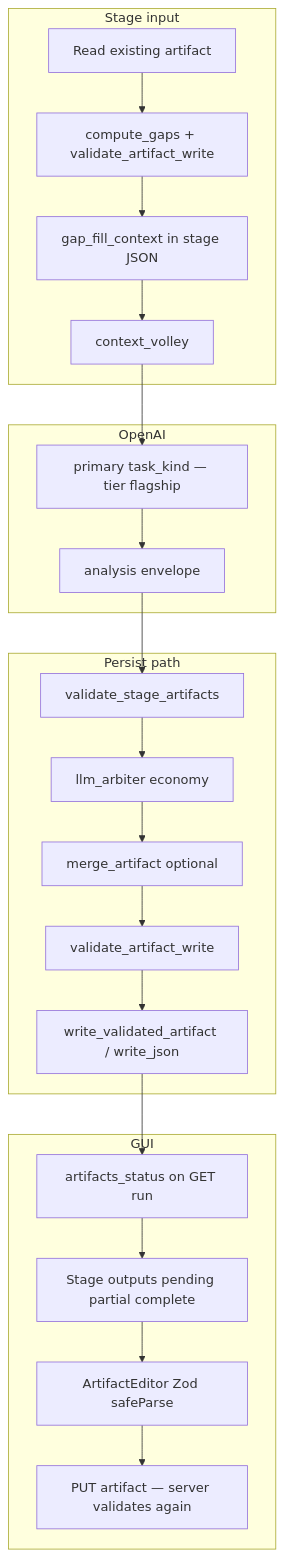
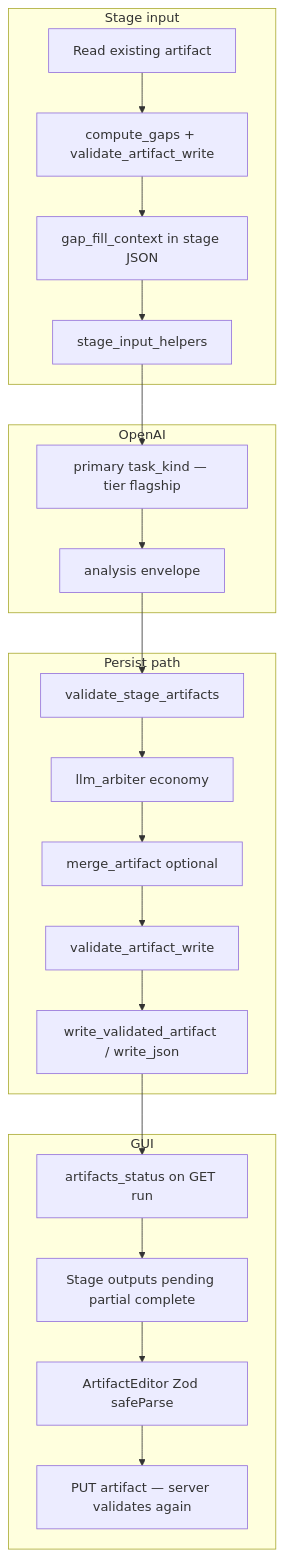
One commit to NicketUttarwar/interview_helper_mux changed the diagram in docs/cross-cutting/artifact-generation-and-validation.md. Above: the diagram before and after it, drawn with Mermaid. The commit also changed other lines of this file and 358 other files, not shown here.

````diff
--- a/docs/cross-cutting/artifact-generation-and-validation.md
+++ b/docs/cross-cutting/artifact-generation-and-validation.md
@@ -31,27 +31,27 @@
 ```mermaid
 flowchart TD
   subgraph input [Stage input]
     Disk[Read existing artifact]
     Gaps[compute_gaps + validate_artifact_write]
     Disk --> Gaps
     Gaps --> Ctx[gap_fill_context in stage JSON]
-    Ctx --> Volley[context_volley]
+    Ctx --> Volley[stage_input_helpers]
   end
   subgraph openai [OpenAI]
     Volley --> Primary["primary task_kind — tier flagship"]
     Primary --> Env[analysis envelope]
   end
   subgraph persist [Persist path]
     Env --> StageVal[validate_stage_artifacts]
     StageVal --> Arb[llm_arbiter economy]
     Arb --> Merge[merge_artifact optional]
     Merge --> DiskVal[validate_artifact_write]
     DiskVal --> Write[write_validated_artifact / write_json]
   end
   subgraph gui [GUI]
     Write --> Status[artifacts_status on GET run]
     Status --> Panel[Stage outputs pending partial complete]
     Panel --> Editor[ArtifactEditor Zod safeParse]
     Editor --> Put[PUT artifact — server validates again]
   end
 ```
````
